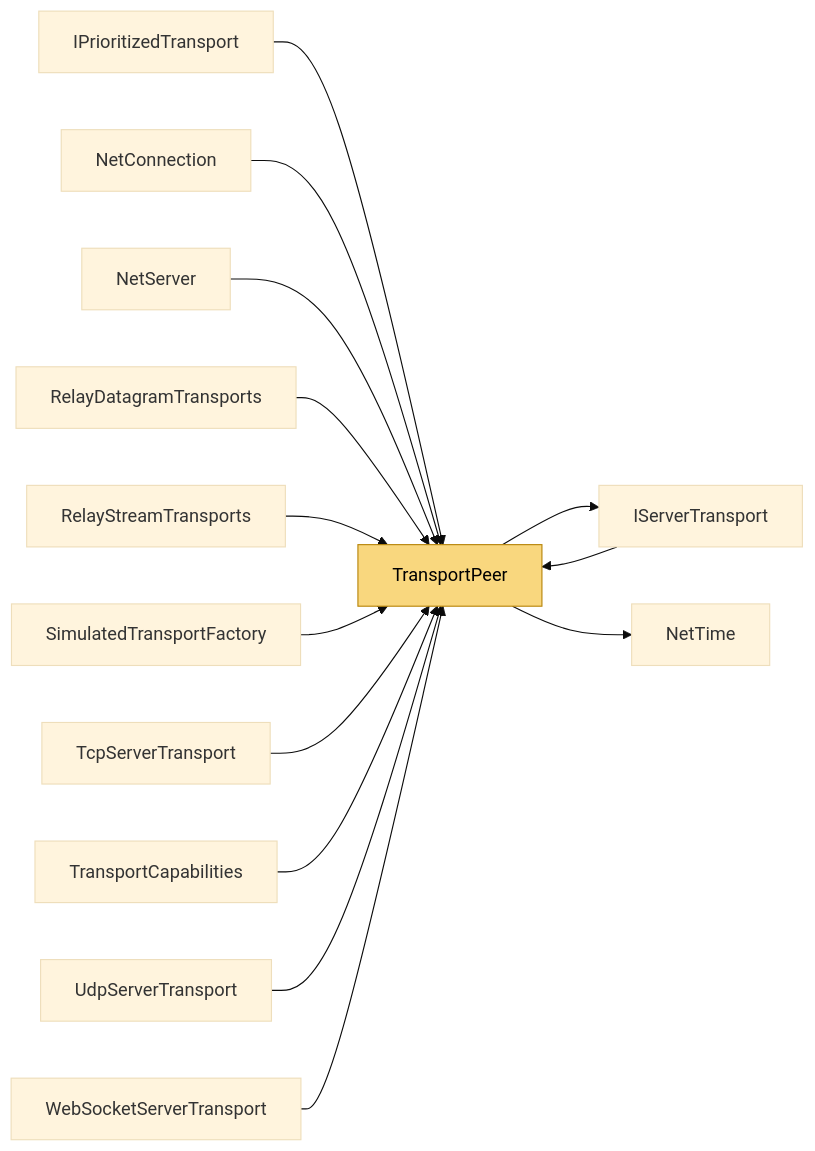
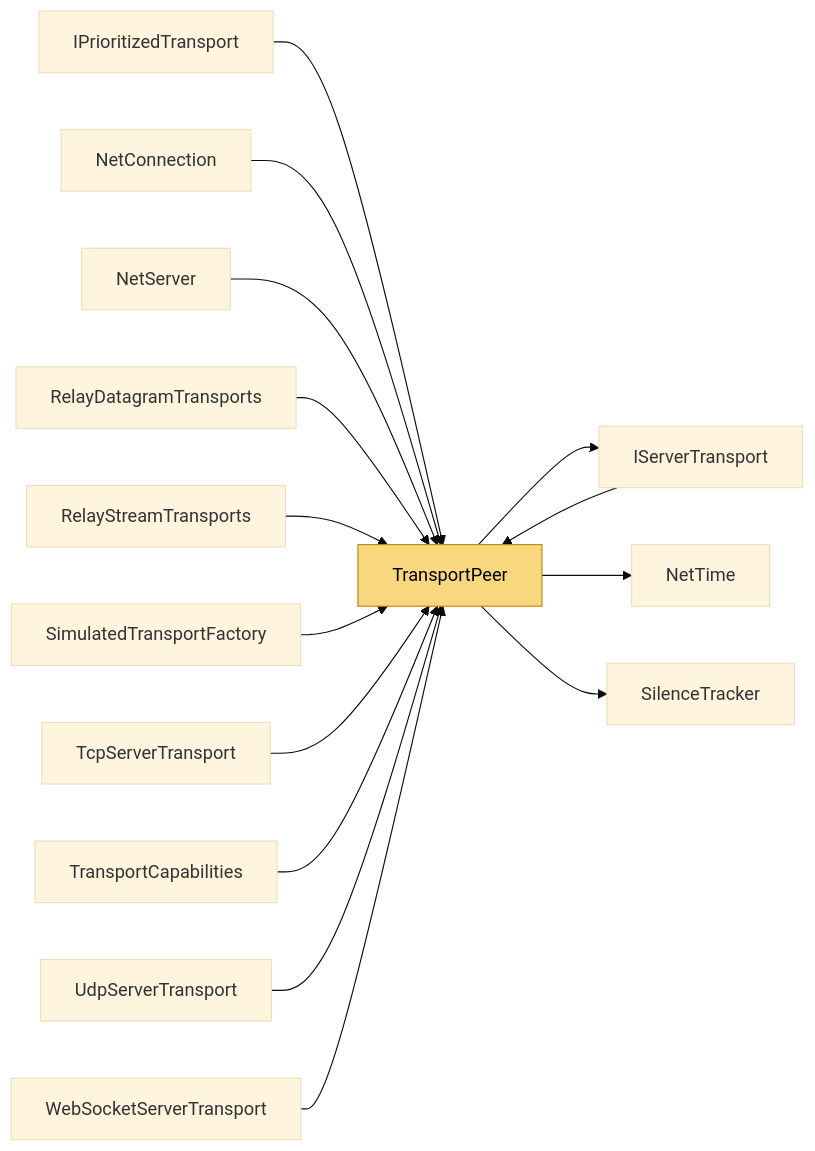
The diagram in docs/Code/Transports/TransportPeer.md (VladislavKresov/NetSync), drawn with Mermaid (base theme) before and after one commit. The commit also changed other lines of this file and 56 other files, not shown here.

Commit message:
Docs: limitations and roadmap after rc.6 work; regenerated code reference

````diff
--- a/docs/Code/Transports/TransportPeer.md
+++ b/docs/Code/Transports/TransportPeer.md
@@ -66,18 +67,19 @@
 ```mermaid
 flowchart LR
   m_TransportPeer["TransportPeer"]:::self
   m_TransportPeer --> m_IServerTransport["IServerTransport"]
   m_TransportPeer --> m_NetTime["NetTime"]
+  m_TransportPeer --> m_SilenceTracker["SilenceTracker"]
   m_IPrioritizedTransport["IPrioritizedTransport"] --> m_TransportPeer
   m_IServerTransport --> m_TransportPeer
   m_NetConnection["NetConnection"] --> m_TransportPeer
   m_NetServer["NetServer"] --> m_TransportPeer
   m_RelayDatagramTransports["RelayDatagramTransports"] --> m_TransportPeer
   m_RelayStreamTransports["RelayStreamTransports"] --> m_TransportPeer
   m_SimulatedTransportFactory["SimulatedTransportFactory"] --> m_TransportPeer
   m_TcpServerTransport["TcpServerTransport"] --> m_TransportPeer
   m_TransportCapabilities["TransportCapabilities"] --> m_TransportPeer
   m_UdpServerTransport["UdpServerTransport"] --> m_TransportPeer
   m_WebSocketServerTransport["WebSocketServerTransport"] --> m_TransportPeer
   classDef self fill:#f9d77e,stroke:#b8860b,color:#000
 ```
````
